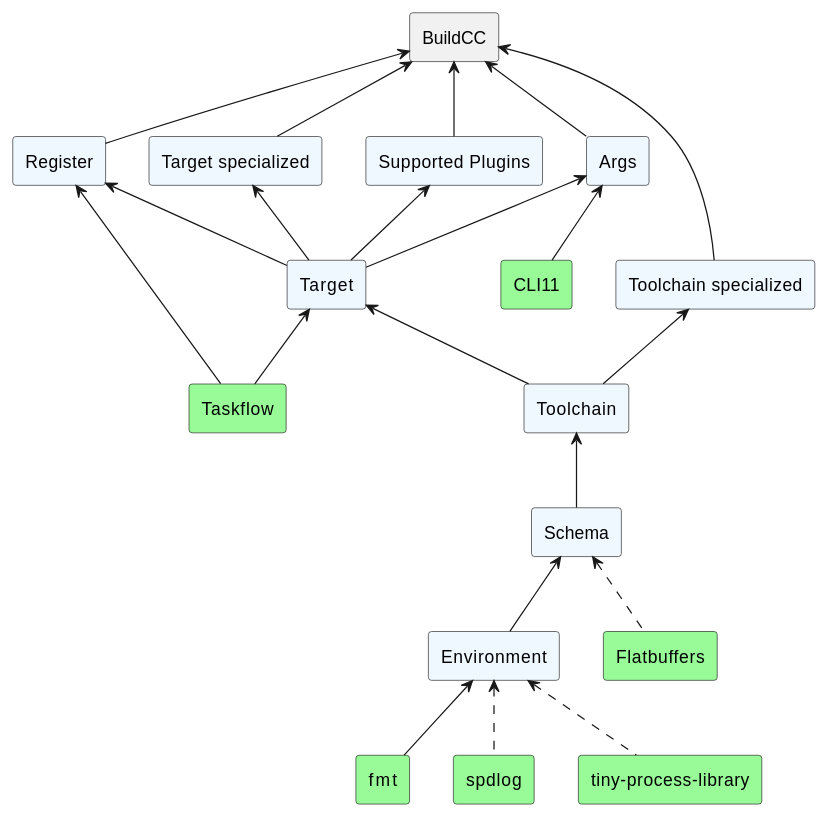
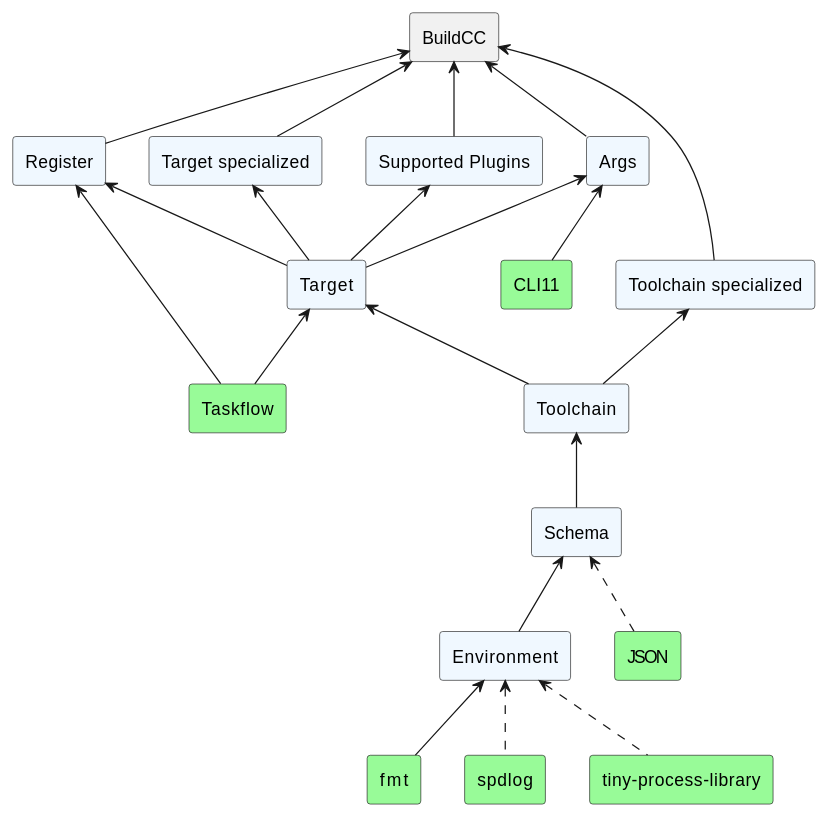
One commit to coder137/build_in_cpp changed the second of 2 diagrams in docs/source/arch/software_heirarchy.rst. Above: the diagram before and after it, drawn with PlantUML. The commit also changed other lines of this file and 31 other files, not shown here.

```diff
--- a/docs/source/arch/software_heirarchy.rst
+++ b/docs/source/arch/software_heirarchy.rst
@@ -40,48 +40,48 @@
 .. uml::
 
-   rectangle Flatbuffers as flatbuffers #palegreen
+   rectangle JSON as json #palegreen
    rectangle fmt as fmt #palegreen
    rectangle spdlog as spdlog #palegreen
    rectangle Taskflow as taskflow #palegreen
    rectangle CLI11 as cli11 #palegreen
    rectangle "tiny-process-library" as tpl #palegreen
 
    rectangle Environment as env #aliceblue
    rectangle Schema as schema #aliceblue
    rectangle Toolchain as toolchain #aliceblue
    rectangle Target as target #aliceblue
    rectangle "Toolchain specialized" as toolchain_specialized #aliceblue
    rectangle "Target specialized" as target_specialized #aliceblue
    rectangle Args as args #aliceblue
    rectangle Register as register #aliceblue
    rectangle "Supported Plugins" as plugins #aliceblue
    rectangle BuildCC as buildcc
 
 
    fmt -up-> env
    spdlog .up.> env
    tpl .up.> env
 
    cli11 -up-> args
    taskflow -up-> register
 
-   flatbuffers .up.> schema
+   json .up.> schema
    env -up-> schema
 
    schema -up-> toolchain
 
    toolchain -up-> target
    taskflow -up-> target
 
    toolchain -up-> toolchain_specialized
    target -up-> target_specialized
 
    target -up-> args
    target -up-> register
    target -up-> plugins
 
    toolchain_specialized -up-> buildcc
    target_specialized -up-> buildcc
    args -up-> buildcc
    register -up-> buildcc
    plugins -up-> buildcc
```
